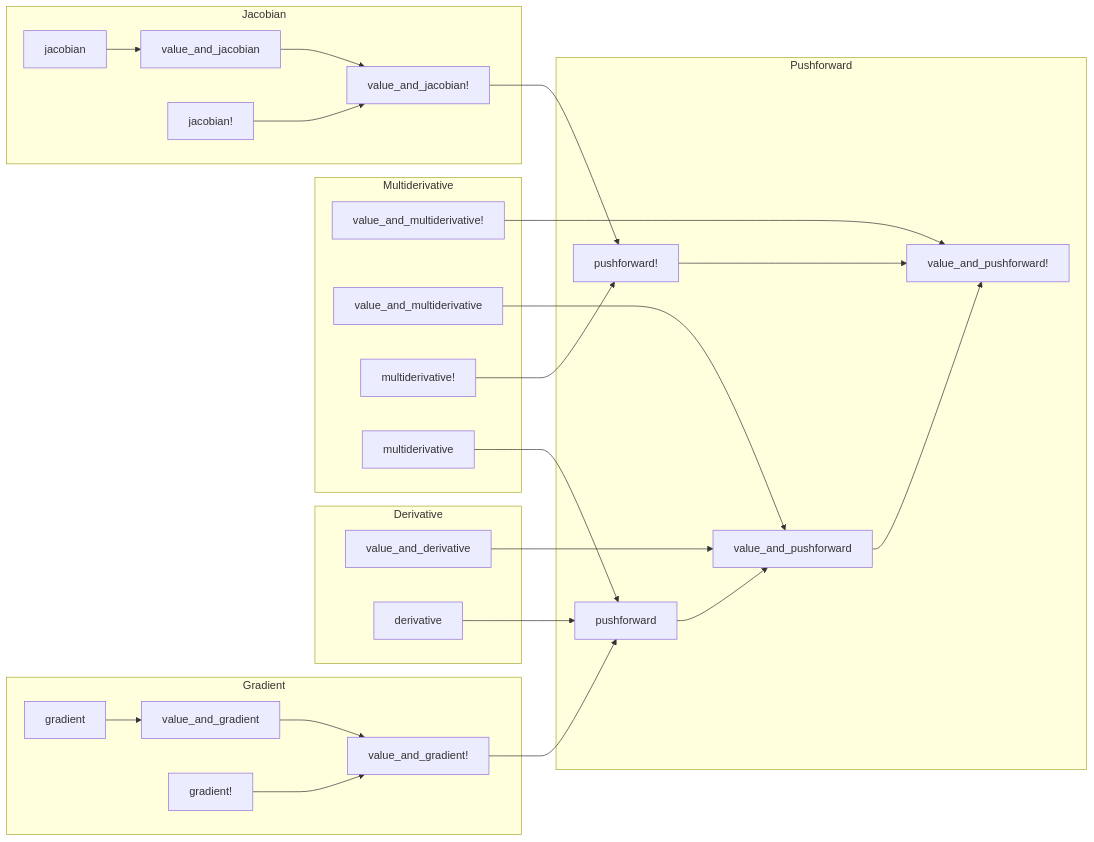
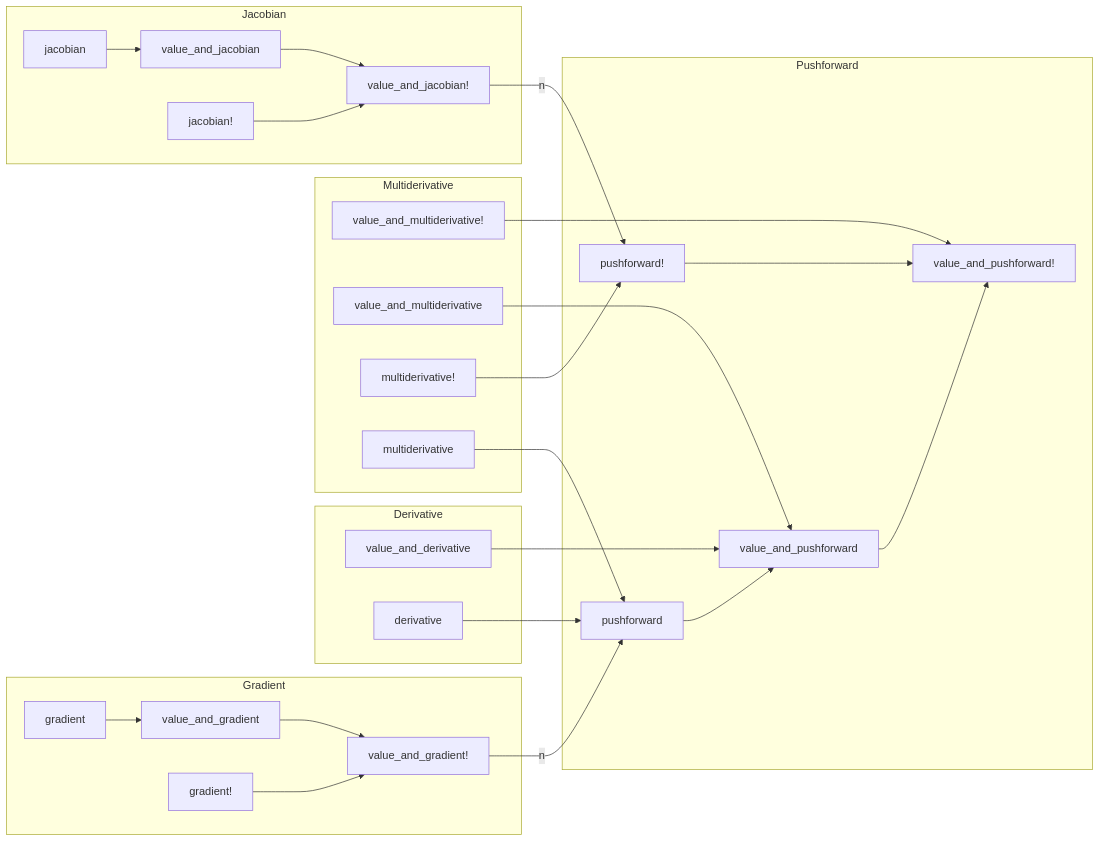
The first of 2 diagrams in docs/src/developer.md (gdalle/DifferentiationInterface.jl), drawn with Mermaid before and after one commit. The commit also changed other lines of this file, not shown here.

Commit message:
Fix Mermaid diagrams (#39)

````diff
--- a/docs/src/developer.md
+++ b/docs/src/developer.md
@@ -20,35 +27,44 @@
 ```mermaid
 flowchart LR
-    subgraph Pushforward
-    value_and_pushforward!
-    value_and_pushforward --> value_and_pushforward!
-    pushforward! --> value_and_pushforward!
-    pushforward --> value_and_pushforward
+    subgraph Derivative
+        value_and_derivative
+        derivative
     end
 
-    subgraph Derivative
     value_and_derivative --> value_and_pushforward
     derivative --> pushforward
-    end
     
     subgraph Multiderivative
+        value_and_multiderivative!
+        value_and_multiderivative
+        multiderivative!
+        multiderivative
+    end
+
     value_and_multiderivative! --> value_and_pushforward!
     value_and_multiderivative --> value_and_pushforward
     multiderivative! --> pushforward!
     multiderivative --> pushforward
+
+    subgraph Gradient
+        value_and_gradient --> value_and_gradient!
+        gradient! --> value_and_gradient!
+        gradient --> value_and_gradient
     end
 
-    subgraph Gradient
-    value_and_gradient! --> pushforward
-    value_and_gradient --> value_and_gradient!
-    gradient! --> value_and_gradient!
-    gradient --> value_and_gradient
+    value_and_gradient! --> |n|pushforward
+
+    subgraph Jacobian
+        value_and_jacobian --> value_and_jacobian!
+        jacobian! --> value_and_jacobian!
+        jacobian --> value_and_jacobian
     end
 
-    subgraph Jacobian
-    value_and_jacobian! --> pushforward!
-    value_and_jacobian --> value_and_jacobian!
-    jacobian! --> value_and_jacobian!
-    jacobian --> value_and_jacobian
+    value_and_jacobian! --> |n|pushforward!
+
+    subgraph Pushforward
+        value_and_pushforward --> value_and_pushforward!
+        pushforward! --> value_and_pushforward!
+        pushforward --> value_and_pushforward
     end
 ```
````
